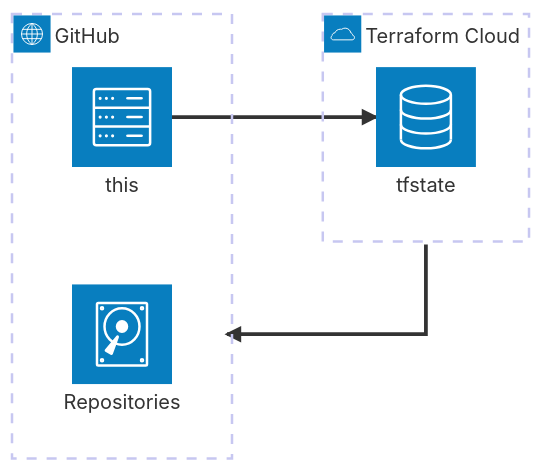
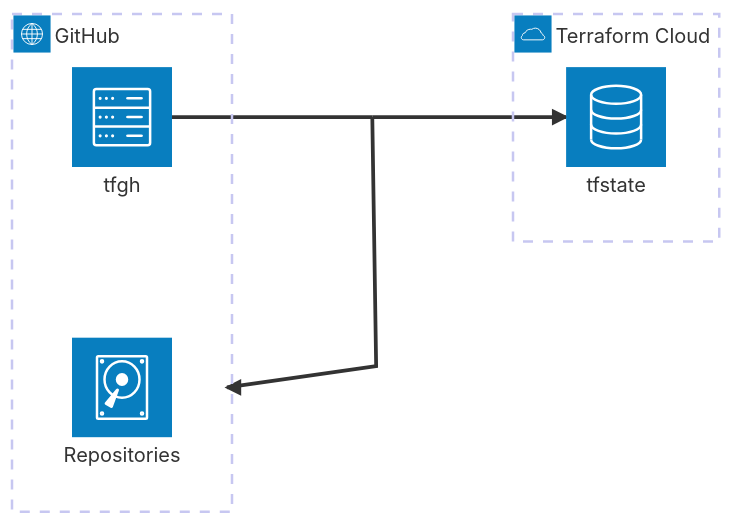
The diagram in README.md (hayas1/tfgh), drawn with Mermaid before and after one commit.

Commit message:
modify architecture mermaid

````diff
--- a/README.md
+++ b/README.md
@@ -6,17 +6,19 @@
 ```mermaid
 architecture-beta
-    %% group api(logos:github-icon)[GitHub]
-    group api(internet)[GitHub]
+    %% group repositories(logos:github-icon)[GitHub]
+    group repositories(internet)[GitHub]
 
-    service this(server)[this] in api
-    service repos(disk)[Repositories] in api
+    service this(server)[tfgh] in repositories
+    service repos(disk)[Repositories] in repositories
 
-    %% this:B -- T:repos
 
-    %% group backends(logos:terraform-icon)[Terraform Cloud]
-    group backends(cloud)[Terraform Cloud]
-    service backend(database)[tfstate] in backends
+    %% group backend(logos:terraform-icon)[Terraform Cloud]
+    group backend(cloud)[Terraform Cloud]
+    service tfstate(database)[tfstate] in backend
 
-    this:R --> L:backend
-    repos{group}:R <-- B:backend{group}
+    junction gha
+
+    this:R -- L:gha
+    gha:R --> L:tfstate
+    repos{group}:R <-- B:gha
 ```
````
